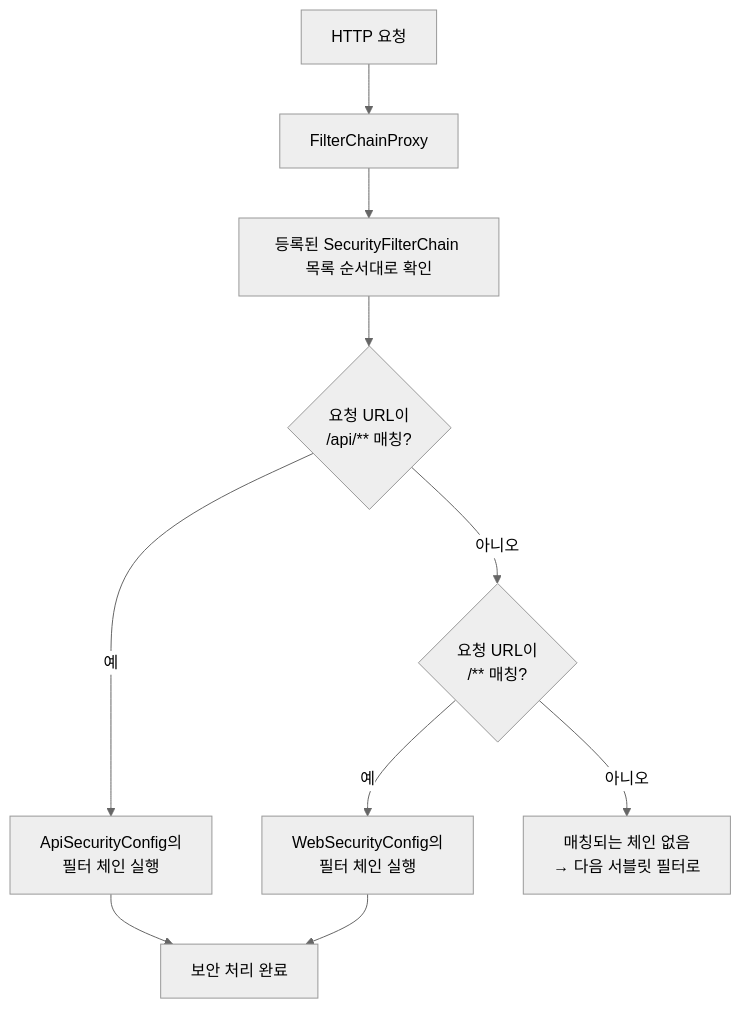
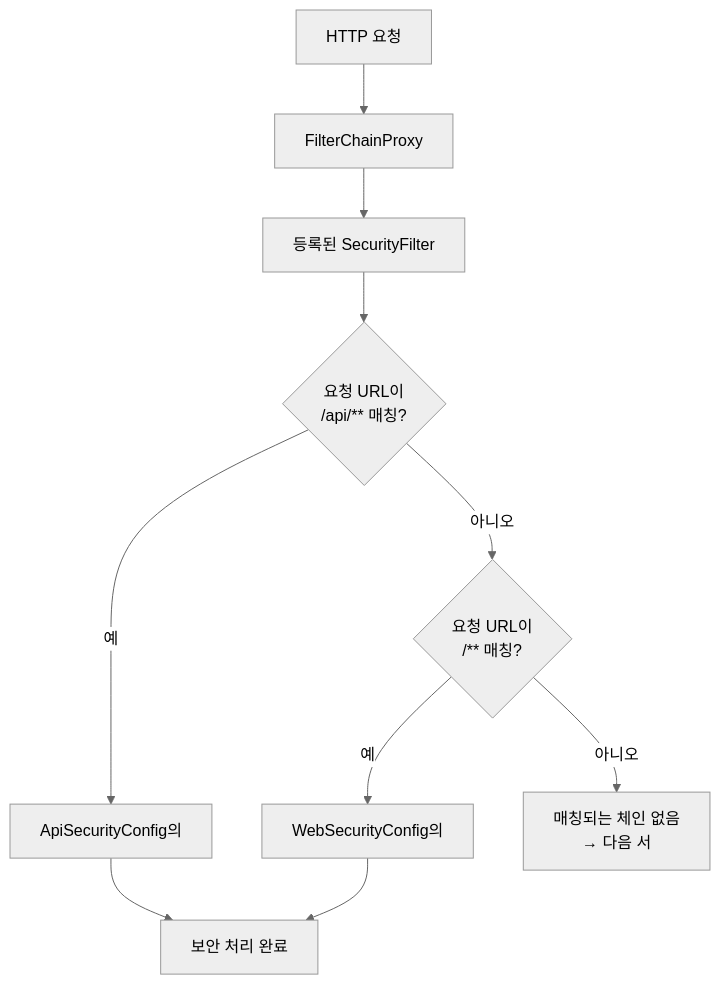
The third of 3 diagrams in _posts/security/2021-05-19-DelegatingFilterProxy.md (yjkim2015/yjkim2015.github.io), drawn with Mermaid (neutral theme) before and after one commit. The commit also changed other lines of this file and 271 other files, not shown here.

First line of the commit message:
Mermaid 라벨 축소: 긴 노드 텍스트 18자 이하로 트림 + \n 제거

````diff
--- a/_posts/security/2021-05-19-DelegatingFilterProxy.md
+++ b/_posts/security/2021-05-19-DelegatingFilterProxy.md
@@ -95,12 +95,12 @@
 ```mermaid
 flowchart TD
     A["HTTP 요청"] --> B["FilterChainProxy"]
-    B --> C["등록된 SecurityFilterChain 목록 순서대로 확인"]
+    B --> C["등록된 SecurityFilter"]
     C --> D{"요청 URL이\n/api/** 매칭?"}
-    D -- "예" --> E["ApiSecurityConfig의\n필터 체인 실행"]
+    D -- "예" --> E["ApiSecurityConfig의"]
     D -- "아니오" --> F{"요청 URL이\n/** 매칭?"}
-    F -- "예" --> G["WebSecurityConfig의\n필터 체인 실행"]
-    F -- "아니오" --> H["매칭되는 체인 없음\n→ 다음 서블릿 필터로"]
+    F -- "예" --> G["WebSecurityConfig의"]
+    F -- "아니오" --> H["매칭되는 체인 없음\n→ 다음 서"]
     E --> I["보안 처리 완료"]
     G --> I
 ```
````
